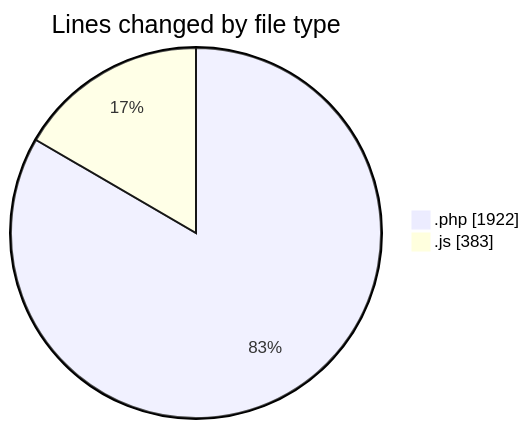
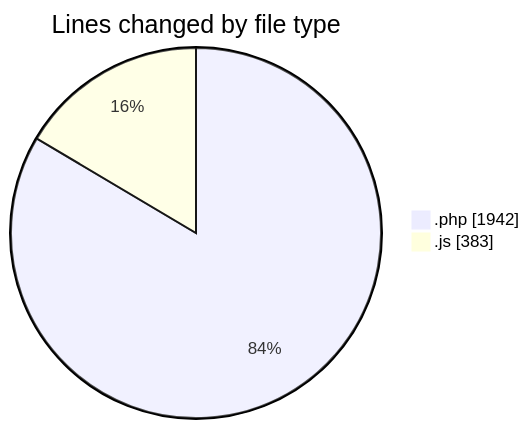
One commit to debugP/code-tracking changed the first of 2 diagrams in 2026-07-13/wp-content/README.md. Above: the diagram before and after it, drawn with Mermaid. The commit also changed other lines of this file and 1 other file, not shown here.

````diff
--- a/2026-07-13/wp-content/README.md
+++ b/2026-07-13/wp-content/README.md
@@ -21,6 +21,6 @@
 ```mermaid
 pie showData
 title Lines changed by file type
-".php" : 1922
+".php" : 1942
 ".js" : 383
 ```
````
